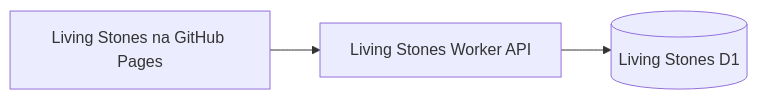
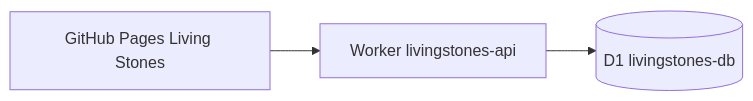
Before and after one commit to romanduris/LivingStones: the diagram in CLOUDFLARE_PLAN.md, drawn with Mermaid. The commit also changed other lines of this file and 20 other files, not shown here.

Commit message:
Connect Living Stones to production Cloudflare Worker and D1

````diff
--- a/CLOUDFLARE_PLAN.md
+++ b/CLOUDFLARE_PLAN.md
@@ -9,5 +7,5 @@
 ```mermaid
 flowchart LR
-  UI[Living Stones na GitHub Pages] --> API[Living Stones Worker API]
-  API --> DB[(Living Stones D1)]
+  UI[GitHub Pages Living Stones] --> API[Worker livingstones-api]
+  API --> DB[(D1 livingstones-db)]
 ```
````
